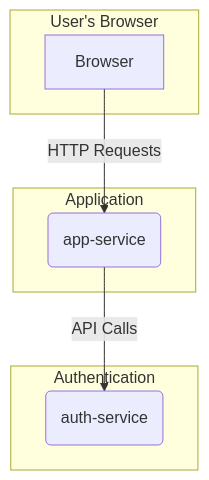
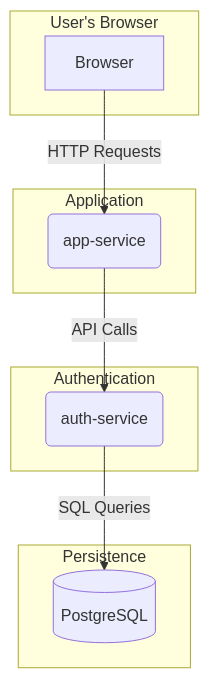
One commit to vineetpuranik/live-bootcamp-project changed the diagram in README.md. Above: the diagram before and after it, drawn with Mermaid. The commit also changed other lines of this file and 13 other files, not shown here.

Commit message:
Implement PostgreSQL-backed user store

````diff
--- a/README.md
+++ b/README.md
@@ -26,17 +26,22 @@
 ```mermaid
 graph TD
     subgraph "User's Browser"
         A[Browser]
     end
 
     subgraph "Application"
         B(app-service)
     end
 
     subgraph "Authentication"
         C(auth-service)
     end
 
+    subgraph "Persistence"
+        D[(PostgreSQL)]
+    end
+
     A -- HTTP Requests --> B
     B -- API Calls --> C
+    C -- SQL Queries --> D
 ```
````
